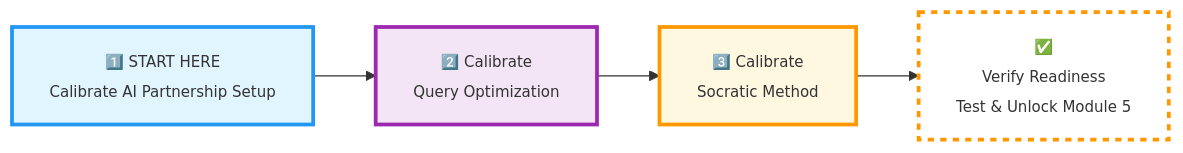
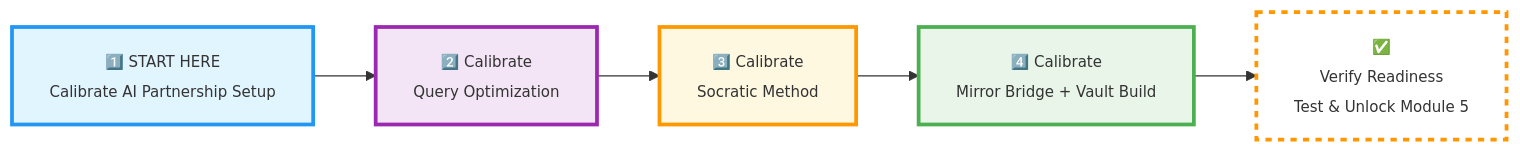
One commit to uma1999/umacourses changed the third of 3 diagrams in mytemp1.md. Above: the diagram before and after it, drawn with Mermaid. The commit also changed other lines of this file, not shown here.

````diff
--- a/mytemp1.md
+++ b/mytemp1.md
@@ -223,12 +251,14 @@
 ```mermaid
 flowchart LR
     A["<span style='font-size:12px'>1️⃣ START HERE<br/>Calibrate AI Partnership Setup</span>"] --> 
     B["<span style='font-size:12px'>2️⃣ Calibrate<br/>Query Optimization</span>"] --> 
     C["<span style='font-size:12px'>3️⃣ Calibrate<br/>Socratic Method</span>"] -->
-    D["<span style='font-size:12px'>✅<br/>Verify Readiness<br/>Test & Unlock Module 5</span>"]
+    D["<span style='font-size:12px'>4️⃣ Calibrate<br/>Mirror Bridge + Vault Build</span>"] -->
+    E["<span style='font-size:12px'>✅<br/>Verify Readiness<br/>Test & Unlock Module 5</span>"]
     
     style A fill:#e1f5fe,stroke:#2196f3,stroke-width:3px
     style B fill:#f3e5f5,stroke:#9c27b0,stroke-width:3px
     style C fill:#fff8e1,stroke:#ff9800,stroke-width:3px
-    style D fill:#fff,stroke:#ff9800,stroke-width:3px,stroke-dasharray: 5 5
+    style D fill:#e8f5e8,stroke:#4caf50,stroke-width:3px
+    style E fill:#fff,stroke:#ff9800,stroke-width:3px,stroke-dasharray:5 5
 ```
````
